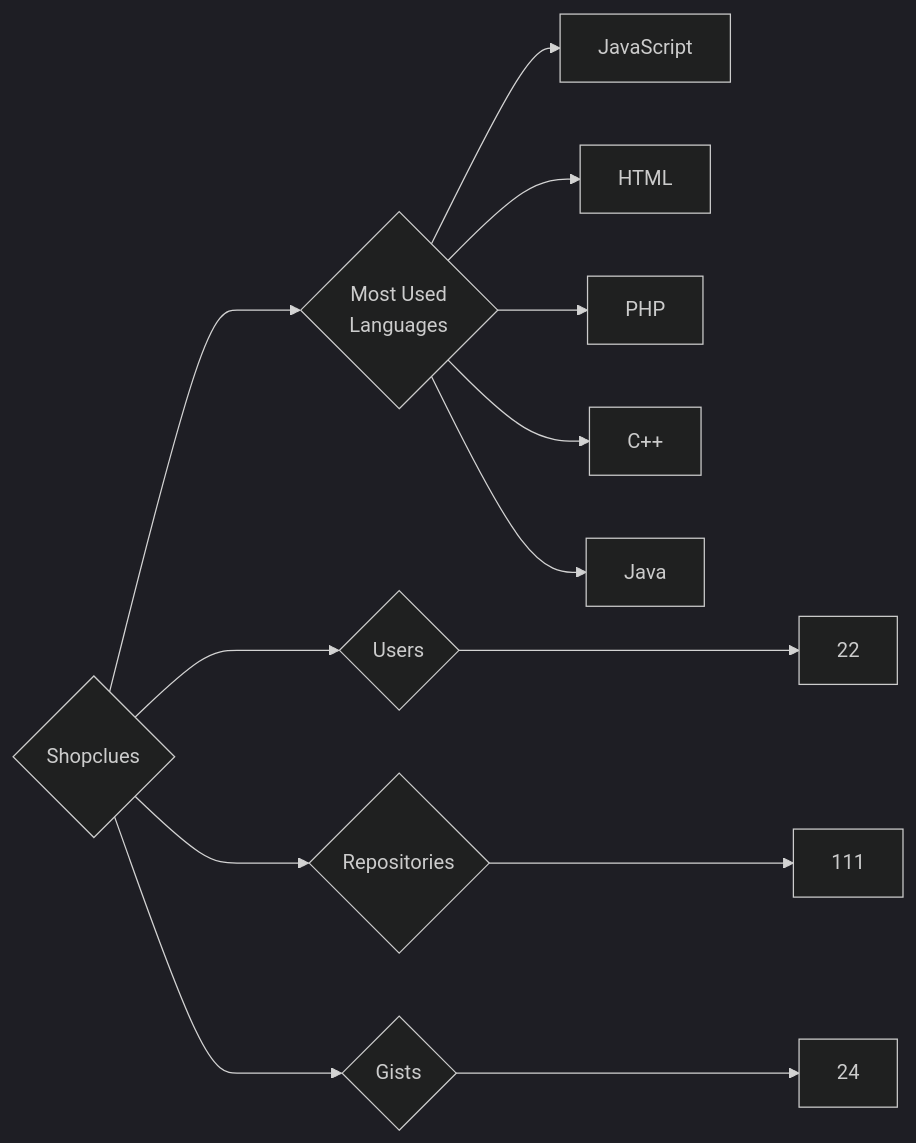
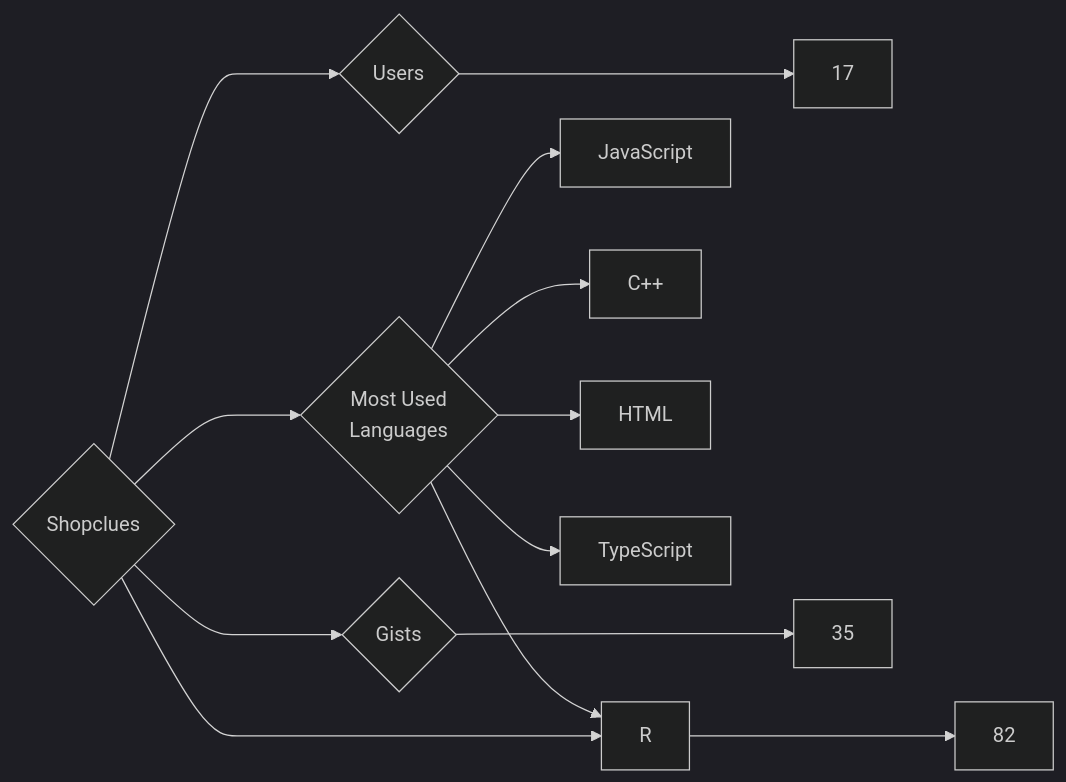
The diagram in targets/Shopclues/README.md (trickest/insiders), drawn with Mermaid (dark theme) before and after one commit. The commit also changed 928 other files, not shown here.

````diff
--- a/targets/Shopclues/README.md
+++ b/targets/Shopclues/README.md
@@ -3,13 +3,13 @@
 ```mermaid
 graph LR
 COMPANY_NAME{Shopclues}
-COMPANY_NAME ---> U{Users} ---> UN[22]
-COMPANY_NAME ---> R{Repositories} ---> RN[111]
-COMPANY_NAME ---> G{Gists} ---> GN[24]
+COMPANY_NAME ---> U{Users} ---> UN[17]
+COMPANY_NAME ---> R{Repositories} ---> RN[82]
+COMPANY_NAME ---> G{Gists} ---> GN[35]
 COMPANY_NAME ---> ML{Most Used<br>Languages}
 ML --> JavaScript[JavaScript]
+ML --> C++[C++]
 ML --> HTML[HTML]
-ML --> PHP[PHP]
-ML --> C++[C++]
-ML --> Java[Java]
+ML --> TypeScript[TypeScript]
+ML --> R[R]
 ```
````
